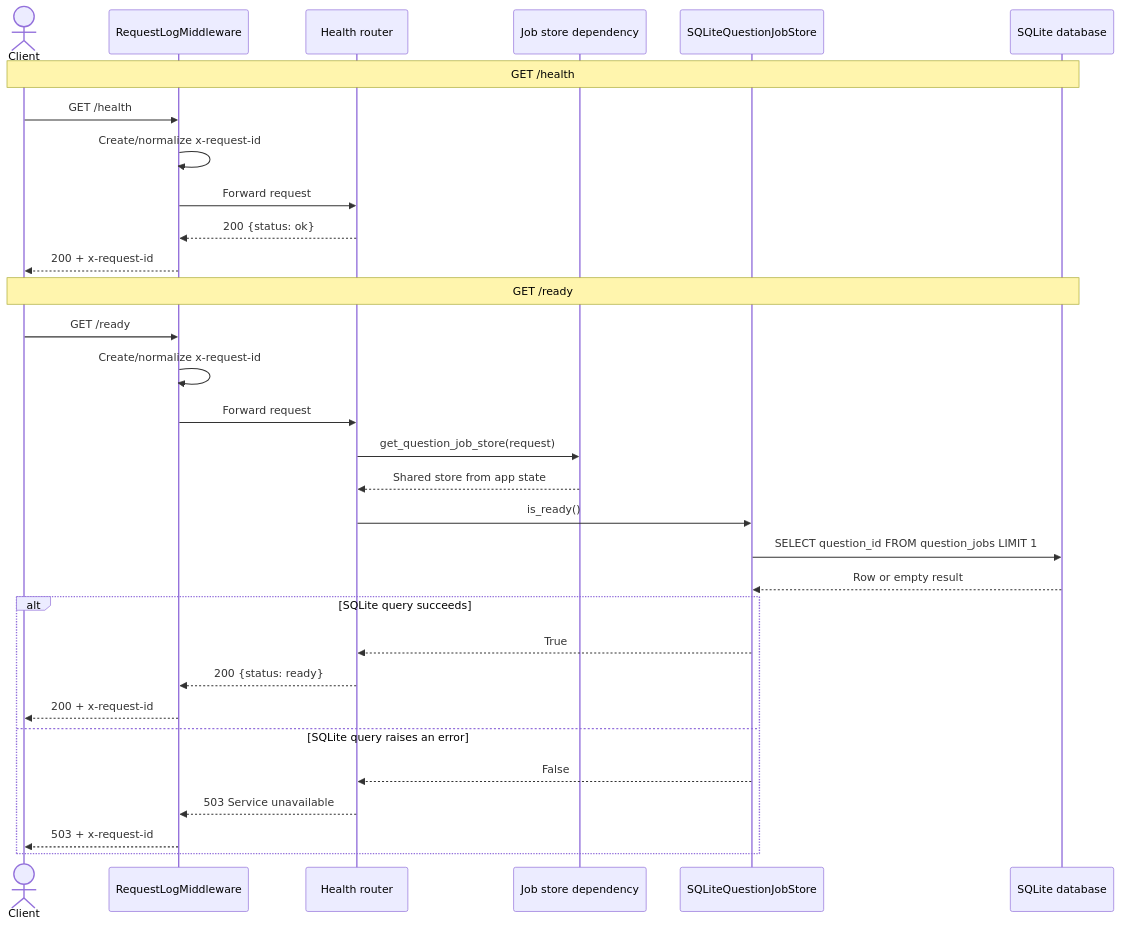
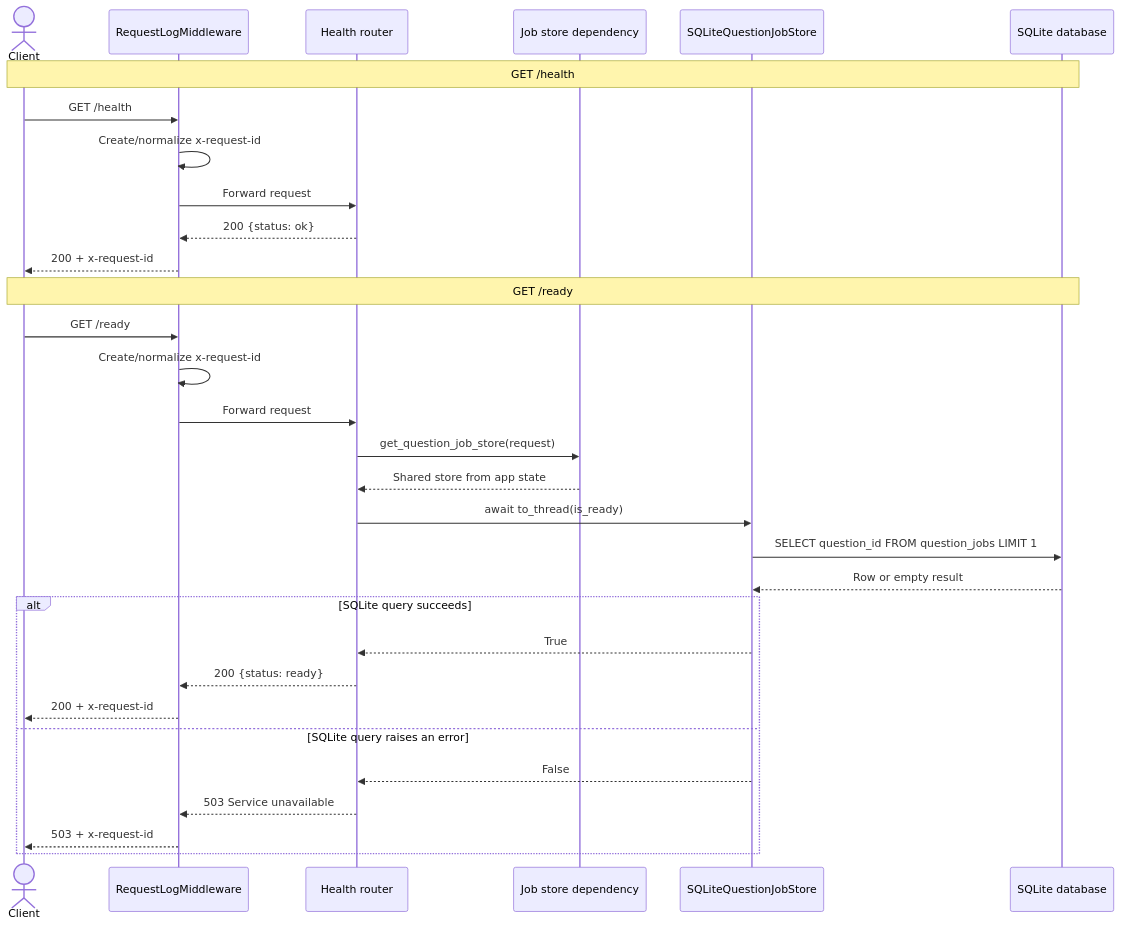
One commit to jasmine-post-pdx/rag-chatbot changed the diagram in docs/other-apis-sequence.md. Above: the diagram before and after it, drawn with Mermaid. The commit also changed other lines of this file and 25 other files, not shown here.

````diff
--- a/docs/other-apis-sequence.md
+++ b/docs/other-apis-sequence.md
@@ -32,36 +32,36 @@
 ```mermaid
 sequenceDiagram
     actor Client
     participant MW as RequestLogMiddleware
     participant API as Health router
     participant Dep as Job store dependency
     participant Store as SQLiteQuestionJobStore
     participant DB as SQLite database
 
     Note over Client,DB: GET /health
     Client->>MW: GET /health
     MW->>MW: Create/normalize x-request-id
     MW->>API: Forward request
     API-->>MW: 200 {status: ok}
     MW-->>Client: 200 + x-request-id
 
     Note over Client,DB: GET /ready
     Client->>MW: GET /ready
     MW->>MW: Create/normalize x-request-id
     MW->>API: Forward request
     API->>Dep: get_question_job_store(request)
     Dep-->>API: Shared store from app state
-    API->>Store: is_ready()
+    API->>Store: await to_thread(is_ready)
     Store->>DB: SELECT question_id FROM question_jobs LIMIT 1
     DB-->>Store: Row or empty result
 
     alt SQLite query succeeds
         Store-->>API: True
         API-->>MW: 200 {status: ready}
         MW-->>Client: 200 + x-request-id
     else SQLite query raises an error
         Store-->>API: False
         API-->>MW: 503 Service unavailable
         MW-->>Client: 503 + x-request-id
     end
 ```
````
